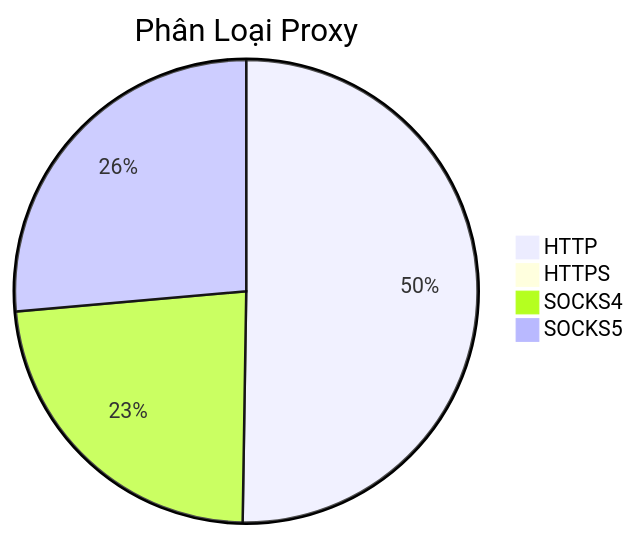
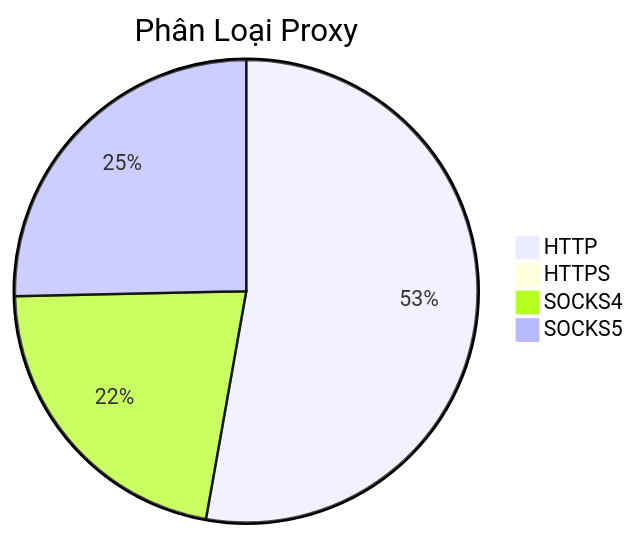
Before and after one commit to Ciara-12/PROXY-free: the diagram in README.md, drawn with Mermaid. The commit also changed other lines of this file and 4 other files, not shown here.

````diff
--- a/README.md
+++ b/README.md
@@ -26,7 +26,7 @@
 ```mermaid
 pie title Phân Loại Proxy
-    "HTTP" : 609
-    "HTTPS" : 2
-    "SOCKS4" : 283
-    "SOCKS5" : 320
+    "HTTP" : 625
+    "HTTPS" : 1
+    "SOCKS4" : 259
+    "SOCKS5" : 300
 ```
````
